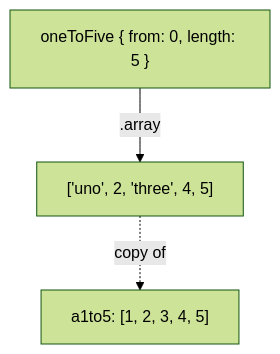
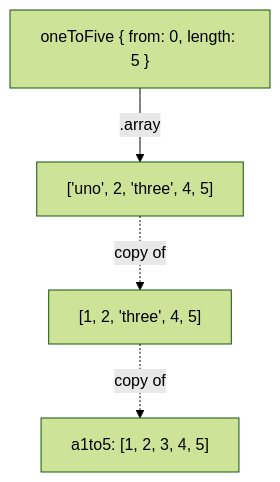
One commit to raganwald/raganwald.github.com changed the sixth of 7 diagrams in _posts/2019-01-14-structural-sharing-and-copy-on-write.md. Above: the diagram before and after it, drawn with Mermaid (forest theme).

```diff
--- a/_posts/2019-01-14-structural-sharing-and-copy-on-write.md
+++ b/_posts/2019-01-14-structural-sharing-and-copy-on-write.md
@@ -676,6 +676,13 @@
 <div class="mermaid">
   graph TD
     a["a1to5: [1, 2, 3, 4, 5]"]
-    c["oneToFive { from: 0, length: 5 }"]-- .array -->b["['uno', 2, 'three', 4, 5]"];
+    b["[1, 2, 'three', 4, 5]"]
+    c["['uno', 2, 'three', 4, 5]"]
+
     b-. copy of .->a
+    c-. copy of .->b
+
+    d["oneToFive { from: 0, length: 5 }"]
+
+    d-- .array -->c
 </div>
```
